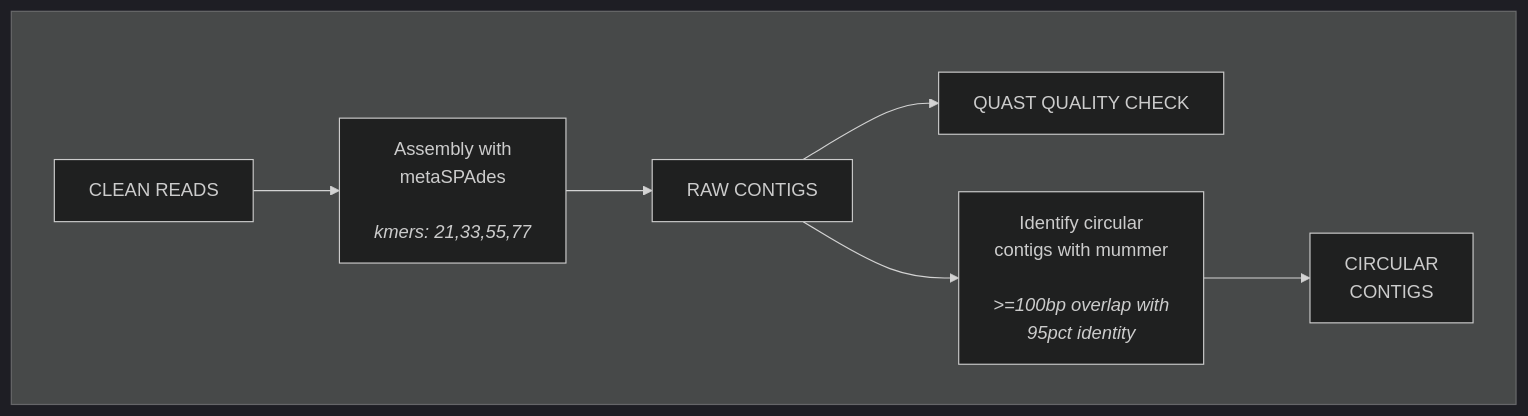
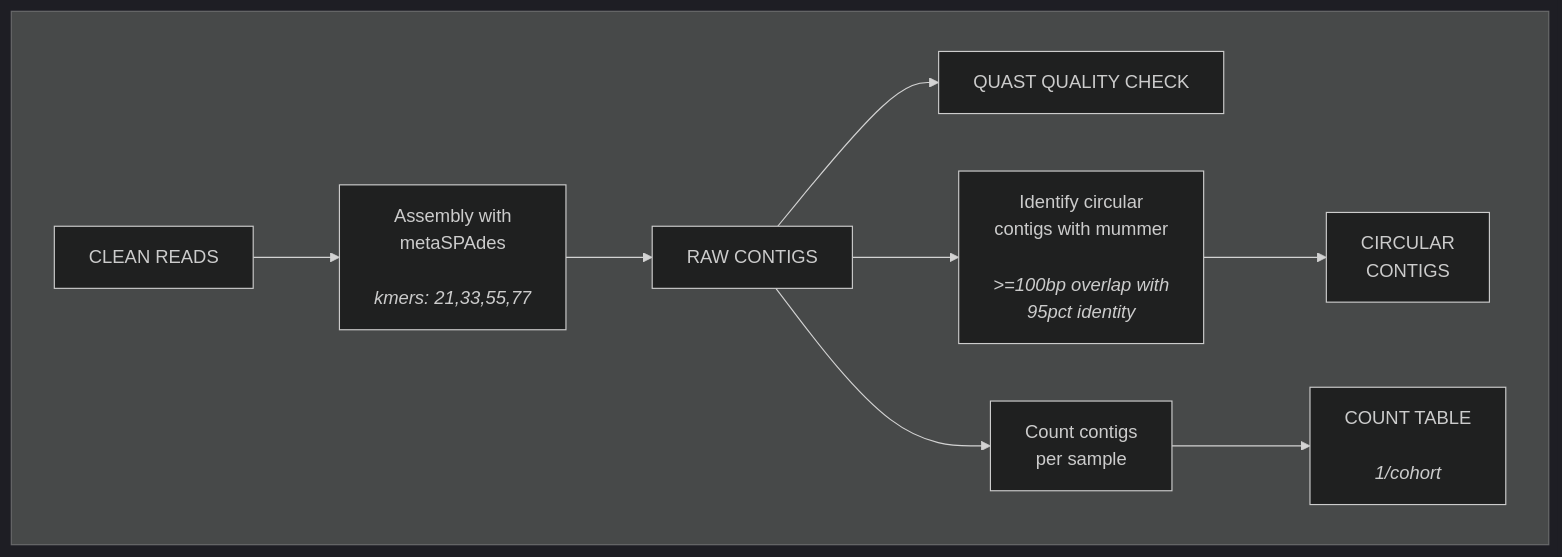
One commit to armetcal/Bioinformatic-Tool-Wikipedia changed the diagram in Virome/diagrams/assembly_flowchart.mmd. Above: the diagram before and after it, drawn with Mermaid (dark theme). The commit also changed 37 other files, not shown here.

```diff
--- a/Virome/diagrams/assembly_flowchart.mmd
+++ b/Virome/diagrams/assembly_flowchart.mmd
@@ -1,24 +1,32 @@
 flowchart TB
   subgraph Step2[" "]
     B0[CLEAN READS]
     B1[Assembly with 
         metaSPAdes
         
       <i>kmers: 21,33,55,77</i>]
 
     B2[RAW CONTIGS]
 
     B3[QUAST QUALITY CHECK]
 
     B4[Identify circular 
         contigs with mummer
 
       <i>>=100bp overlap with 
       95pct identity</i>]
 
     B5[CIRCULAR 
         CONTIGS]
 
+    B6[Count contigs
+        per sample]
+
+    B7[COUNT TABLE
+
+        <i>1/cohort</i>]
+
     B0 --> B1 --> B2 --> B3
     B2 --> B4 --> B5
+    B2 --> B6 --> B7
   end
```
